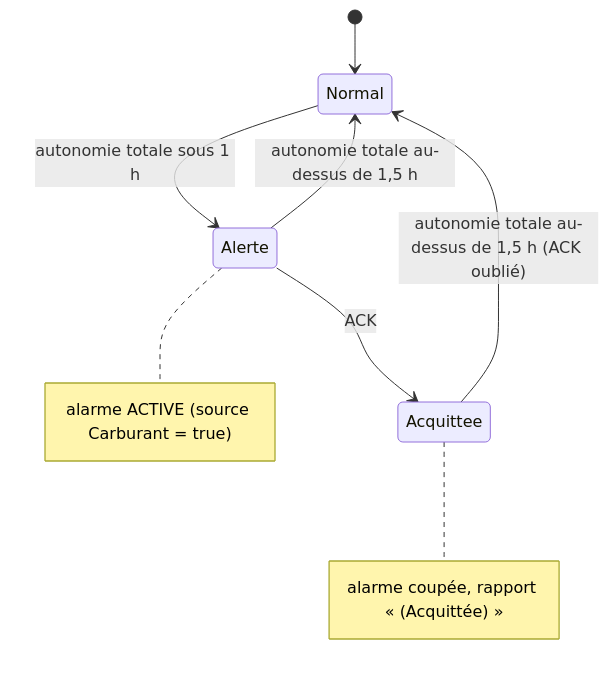
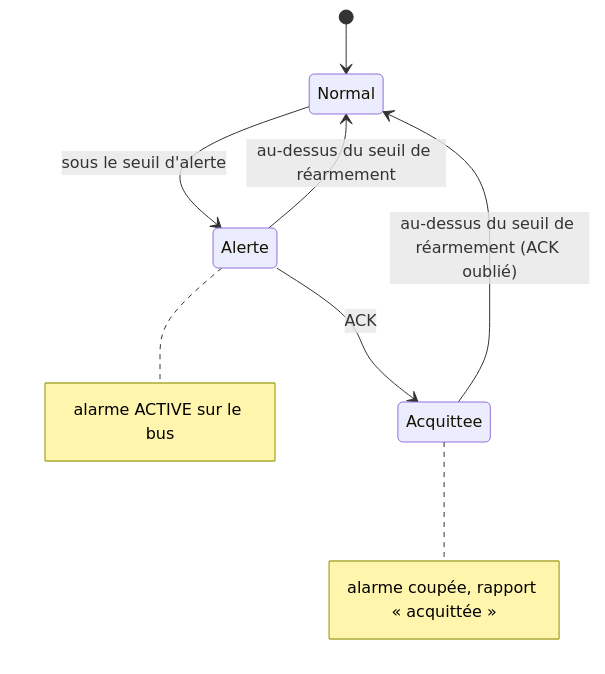
The second of 2 diagrams in optimisation_Claude/06 - Gestionnaire de Carburant/Surveillance Carburant Uranium.md (Zerma1/Space-Engineers-scripte), drawn with Mermaid before and after one commit. The commit also changed other lines of this file and 1 other file, not shown here.

First line of the commit message:
Ajoute Glace, Batteries et l'alarme Energie qui monte en criticité

````diff
--- a/optimisation_Claude/06 - Gestionnaire de Carburant/Surveillance Carburant Uranium.md
+++ b/optimisation_Claude/06 - Gestionnaire de Carburant/Surveillance Carburant Uranium.md
@@ -115,10 +136,10 @@
 ```mermaid
 stateDiagram-v2
     [*] --> Normal
-    Normal --> Alerte : autonomie totale sous 1 h
+    Normal --> Alerte : sous le seuil d'alerte
     Alerte --> Acquittee : ACK
-    Alerte --> Normal : autonomie totale au-dessus de 1,5 h
-    Acquittee --> Normal : autonomie totale au-dessus de 1,5 h (ACK oublié)
-    note right of Alerte : alarme ACTIVE (source Carburant = true)
-    note right of Acquittee : alarme coupée, rapport « (Acquittée) »
+    Alerte --> Normal : au-dessus du seuil de réarmement
+    Acquittee --> Normal : au-dessus du seuil de réarmement (ACK oublié)
+    note right of Alerte : alarme ACTIVE sur le bus
+    note right of Acquittee : alarme coupée, rapport « acquittée »
 ```
````
